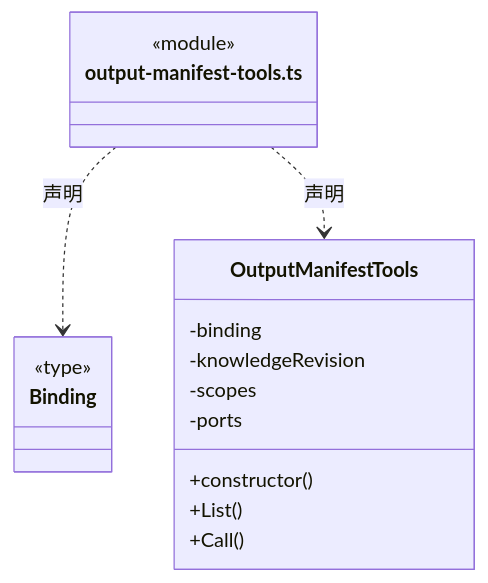
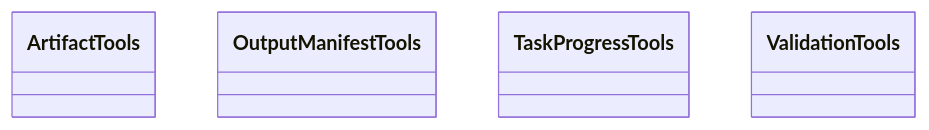
The diagram in src/logic/evidence/rules/ARCHITECTURE.md (nan023062/cbim), drawn with Mermaid before and after one commit. The commit also changed other lines of this file and 158 other files, not shown here.

Commit message:
docs: model architecture through nested virtual encapsulations

````diff
--- a/src/logic/evidence/rules/ARCHITECTURE.md
+++ b/src/logic/evidence/rules/ARCHITECTURE.md
@@ -418,21 +22,11 @@
 ```mermaid
 classDiagram
-class N_src_logic_evidence_rules_output_manifest_tools_ts["output-manifest-tools.ts"] {
-  <<module>>
-}
-class N_src_logic_evidence_rules_output_manifest_tools_ts_Binding["Binding"] {
-  <<type>>
-
-}
-N_src_logic_evidence_rules_output_manifest_tools_ts ..> N_src_logic_evidence_rules_output_manifest_tools_ts_Binding : 声明
-class N_src_logic_evidence_rules_output_manifest_tools_ts_OutputManifestTools["OutputManifestTools"] {
-  +constructor()
-  +List()
-  +Call()
-  -binding
-  -knowledgeRevision
-  -scopes
-  -ports
-}
-N_src_logic_evidence_rules_output_manifest_tools_ts ..> N_src_logic_evidence_rules_output_manifest_tools_ts_OutputManifestTools : 声明
+class N_5719feab15b8["ArtifactTools"]
+click N_5719feab15b8 href "artifact-tools.ts"
+class N_fa8b16acd959["OutputManifestTools"]
+click N_fa8b16acd959 href "output-manifest-tools.ts"
+class N_41ba4f0b1d6f["TaskProgressTools"]
+click N_41ba4f0b1d6f href "progress-tools.ts"
+class N_aab2521a6c33["ValidationTools"]
+click N_aab2521a6c33 href "validation-tools.ts"
 ```
````
